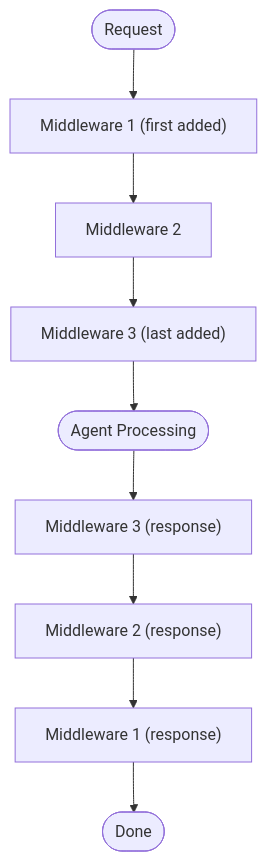
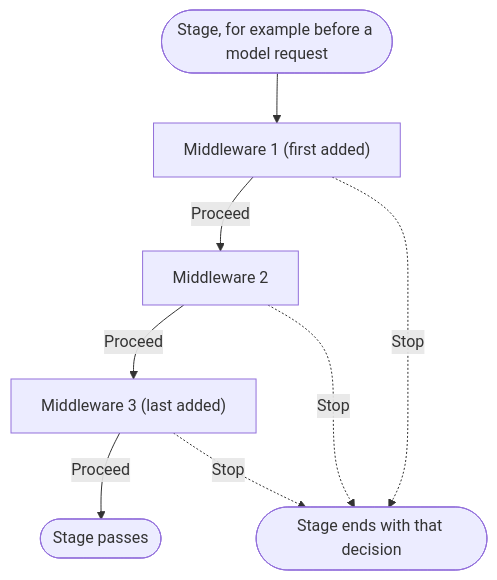
Before and after one commit to querymt/querymt: the second of 2 diagrams in docs/docs/agent/middleware.md, drawn with Mermaid. The commit also changed other lines of this file and 42 other files, not shown here.

````diff
--- a/docs/docs/agent/middleware.md
+++ b/docs/docs/agent/middleware.md
@@ -542,11 +538,10 @@
 ```mermaid
 flowchart TD
-    A([Request]) --> M1
-    M1["Middleware 1 (first added)"] --> M2
-    M2[Middleware 2] --> M3
-    M3["Middleware 3 (last added)"] --> AP
-    AP([Agent Processing]) --> M3R
-    M3R["Middleware 3 (response)"] --> M2R
-    M2R["Middleware 2 (response)"] --> M1R
-    M1R["Middleware 1 (response)"] --> Z([Done])
+    A([Stage, for example before a model request]) --> M1
+    M1["Middleware 1 (first added)"] -- "Proceed" --> M2
+    M2[Middleware 2] -- "Proceed" --> M3
+    M3["Middleware 3 (last added)"] -- "Proceed" --> Go([Stage passes])
+    M1 -. "Stop" .-> Dec([Stage ends with that decision])
+    M2 -. "Stop" .-> Dec
+    M3 -. "Stop" .-> Dec
 ```
````
